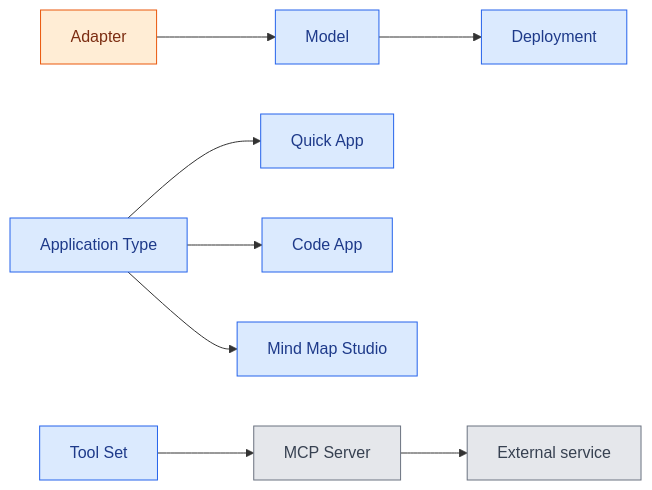
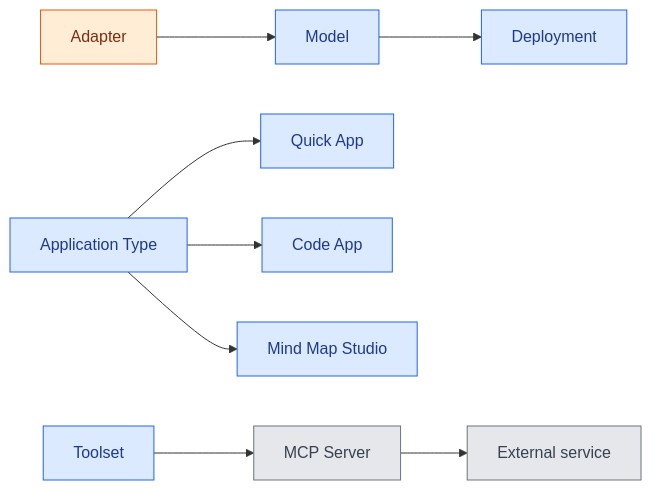
One commit to epam/ai-dial changed the third of 3 diagrams in docs_v2/2.understand-dial/5.foundations/1.core-concepts-and-glossary/1.concept-map.md. Above: the diagram before and after it, drawn with Mermaid. The commit also changed other lines of this file and 64 other files, not shown here.

First line of the commit message:
docs(toolsets): standardize 'Tool Set' -> 'Toolset/Toolsets' + wire routes/redirects [PR #555]

````diff
--- a/docs_v2/2.understand-dial/5.foundations/1.core-concepts-and-glossary/1.concept-map.md
+++ b/docs_v2/2.understand-dial/5.foundations/1.core-concepts-and-glossary/1.concept-map.md
@@ -84,15 +84,15 @@
 ```mermaid
 graph LR
     AD["Adapter"] --> MODEL["Model"] --> DEP["Deployment"]
     AT["Application Type"] --> QA["Quick App"]
     AT --> CA["Code App"]
     AT --> MM["Mind Map Studio"]
-    TS["Tool Set"] --> MCP["MCP Server"] --> SVC["External service"]
+    TS["Toolset"] --> MCP["MCP Server"] --> SVC["External service"]
 
     classDef coreStyle fill:#dbeafe,stroke:#2563eb,color:#1e3a8a;
     classDef adapterStyle fill:#ffedd5,stroke:#ea580c,color:#7c2d12;
     classDef extStyle fill:#e5e7eb,stroke:#6b7280,color:#374151;
     class MODEL,DEP,AT,QA,CA,MM,TS coreStyle;
     class AD adapterStyle;
     class MCP,SVC extStyle;
 ```
````
